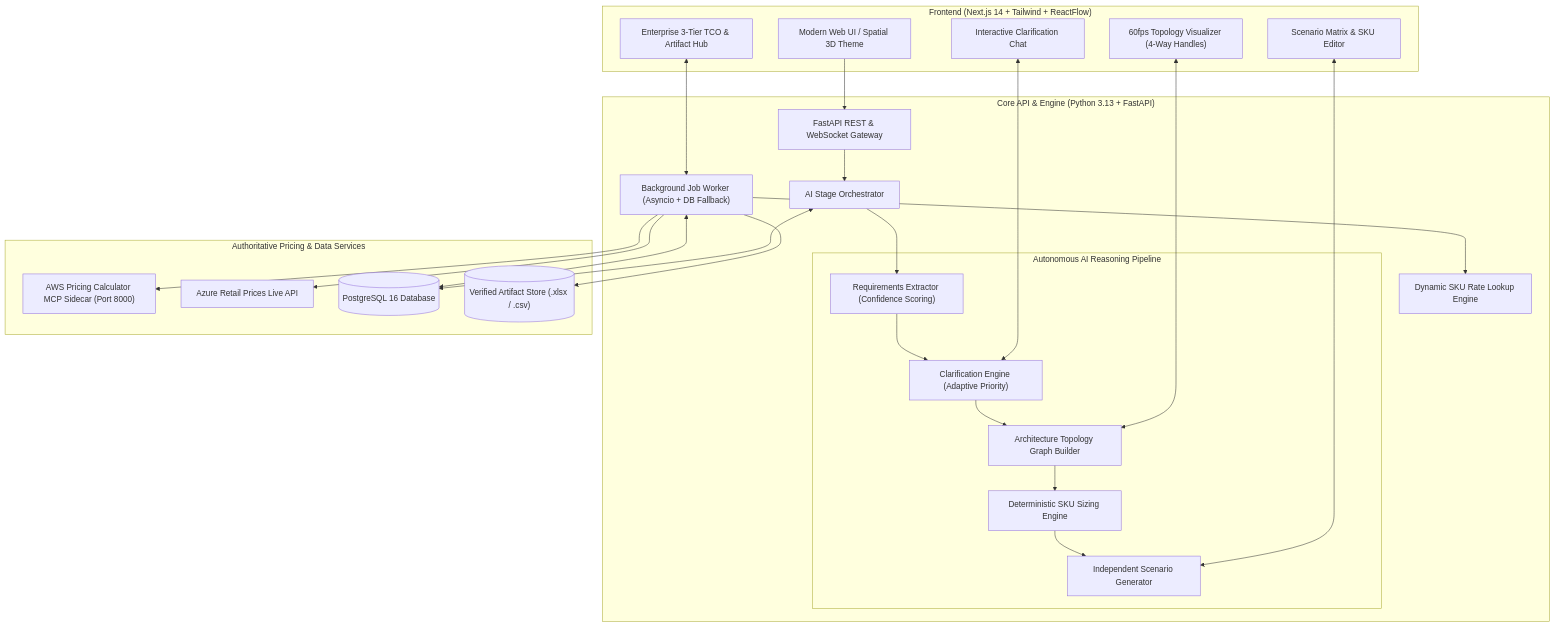
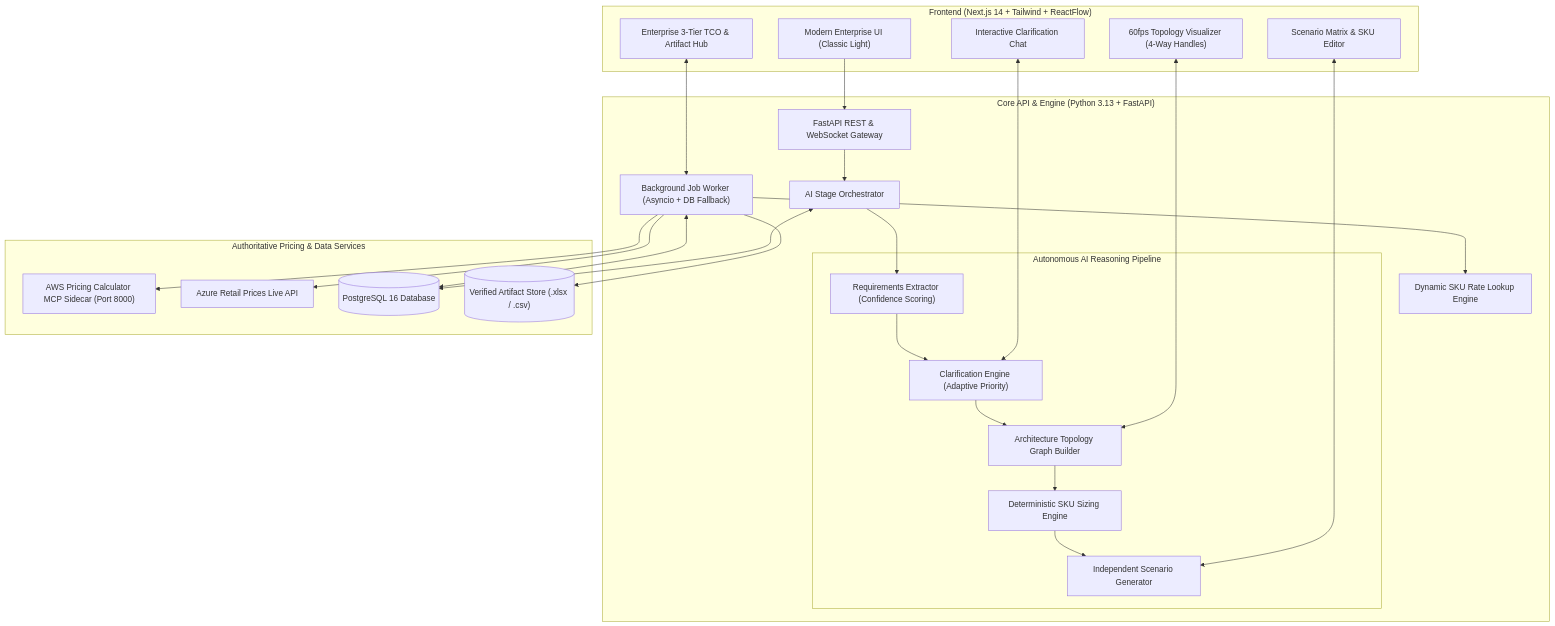
Before and after one commit to ADK-the-Man/cloqsai: the diagram in README.md, drawn with Mermaid. The commit also changed other lines of this file and 6 other files, not shown here.

````diff
--- a/README.md
+++ b/README.md
@@ -36,48 +36,48 @@
 ```mermaid
 flowchart TD
     subgraph Client["Frontend (Next.js 14 + Tailwind + ReactFlow)"]
-        UI["Modern Web UI / Spatial 3D Theme"]
+        UI["Modern Enterprise UI (Classic Light)"]
         Chat["Interactive Clarification Chat"]
         Flow["60fps Topology Visualizer (4-Way Handles)"]
         Scen["Scenario Matrix & SKU Editor"]
         Est["Enterprise 3-Tier TCO & Artifact Hub"]
     end
 
     subgraph Backend["Core API & Engine (Python 3.13 + FastAPI)"]
         Router["FastAPI REST & WebSocket Gateway"]
         Orch["AI Stage Orchestrator"]
         
         subgraph Pipeline["Autonomous AI Reasoning Pipeline"]
             ReqExt["Requirements Extractor (Confidence Scoring)"]
             ClarEng["Clarification Engine (Adaptive Priority)"]
             ArchSel["Architecture Topology Graph Builder"]
             SizeEng["Deterministic SKU Sizing Engine"]
             ScenGen["Independent Scenario Generator"]
         end
 
         JobWorker["Background Job Worker (Asyncio + DB Fallback)"]
         RateLookup["Dynamic SKU Rate Lookup Engine"]
     end
 
     subgraph DataPricing["Authoritative Pricing & Data Services"]
         MCP["AWS Pricing Calculator MCP Sidecar (Port 8000)"]
         AzureAPI["Azure Retail Prices Live API"]
         PG[(PostgreSQL 16 Database)]
         Disk[("Verified Artifact Store (.xlsx / .csv)")]
     end
 
     UI --> Router
     Chat <--> ClarEng
     Flow <--> ArchSel
     Scen <--> ScenGen
     Est <--> JobWorker
 
     Router --> Orch
     Orch --> ReqExt --> ClarEng --> ArchSel --> SizeEng --> ScenGen
     JobWorker --> RateLookup
     JobWorker --> MCP
     JobWorker --> AzureAPI
     JobWorker --> Disk
     Orch <--> PG
     JobWorker <--> PG
 ```
````
